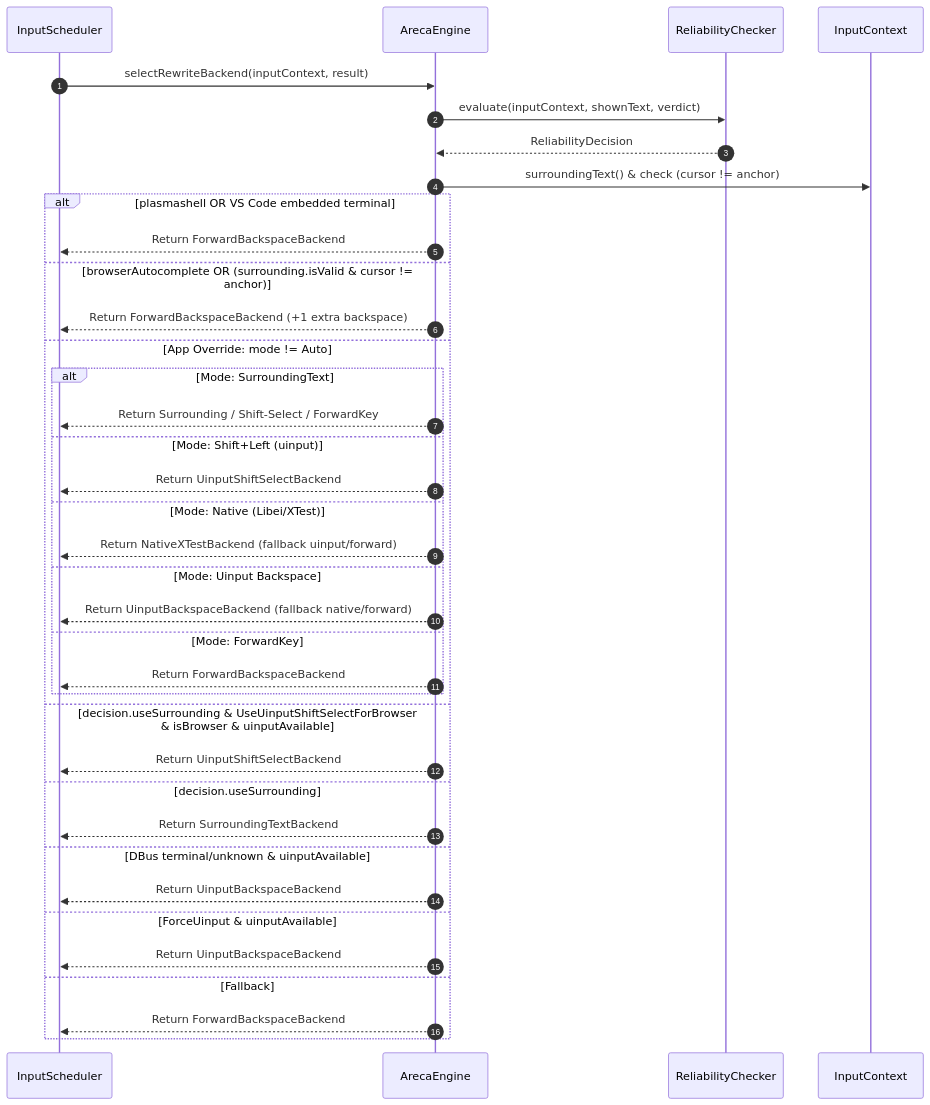
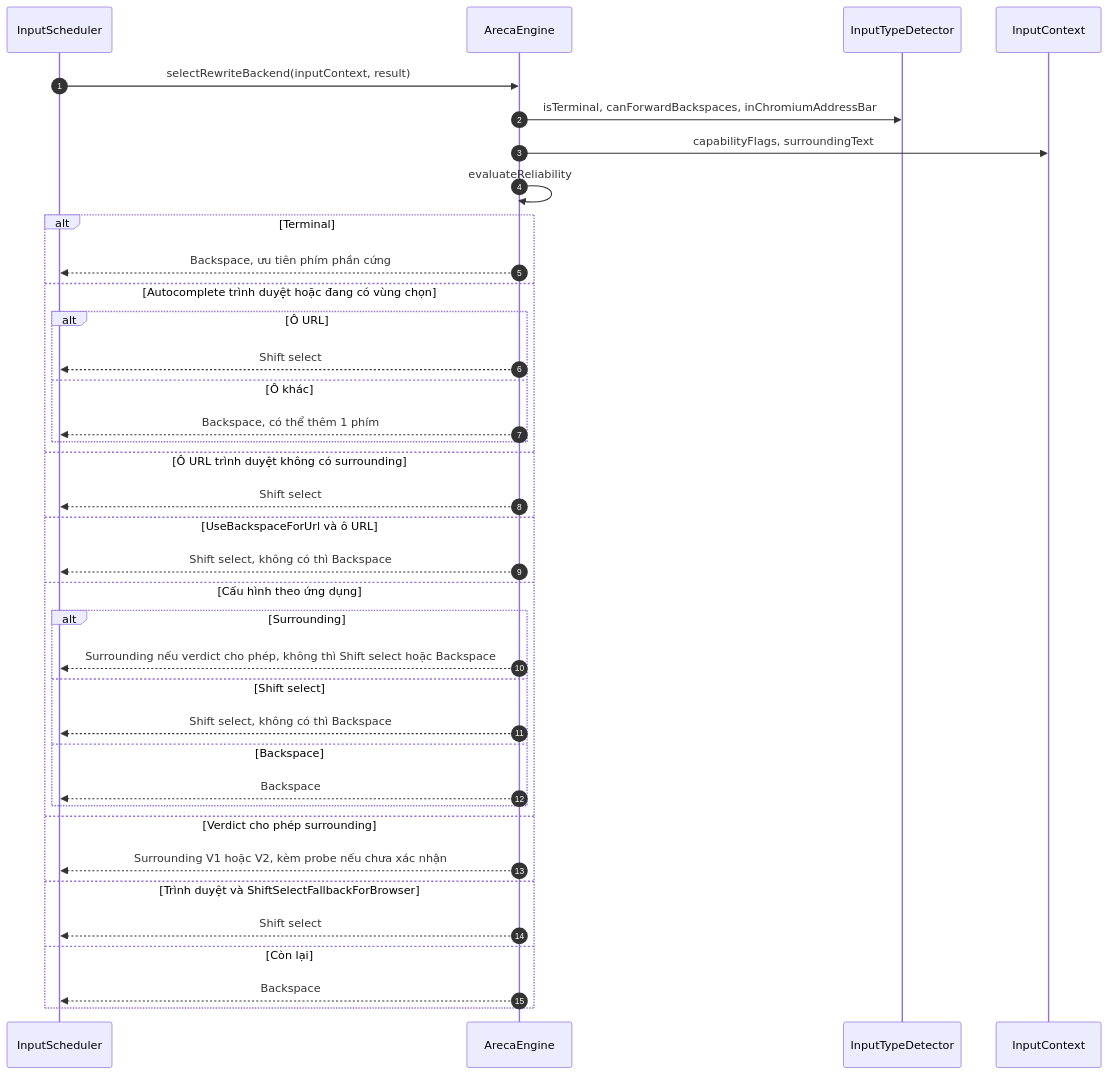
The first of 7 diagrams in docs/ARECA_ARCHITECTURE_SPECIFICATION.md (xhkzeroone/ArecaIME), drawn with Mermaid before and after one commit. The commit also changed other lines of this file and 5 other files, not shown here.

````diff
--- a/docs/ARECA_ARCHITECTURE_SPECIFICATION.md
+++ b/docs/ARECA_ARCHITECTURE_SPECIFICATION.md
@@ -74,41 +71,41 @@
 ```mermaid
 sequenceDiagram
     autonumber
     participant S as InputScheduler
     participant E as ArecaEngine
-    participant R as ReliabilityChecker
+    participant D as InputTypeDetector
     participant IC as InputContext
 
     S->>E: selectRewriteBackend(inputContext, result)
-    E->>R: evaluate(inputContext, shownText, verdict)
-    R-->>E: ReliabilityDecision
-    E->>IC: surroundingText() & check (cursor != anchor)
-    
-    alt plasmashell OR VS Code embedded terminal
-        E-->>S: Return ForwardBackspaceBackend
-    else browserAutocomplete OR (surrounding.isValid & cursor != anchor)
-        E-->>S: Return ForwardBackspaceBackend (+1 extra backspace)
-    else App Override: mode != Auto
-        alt Mode: SurroundingText
-            E-->>S: Return Surrounding / Shift-Select / ForwardKey
-        else Mode: Shift+Left (uinput)
-            E-->>S: Return UinputShiftSelectBackend
-        else Mode: Native (Libei/XTest)
-            E-->>S: Return NativeXTestBackend (fallback uinput/forward)
-        else Mode: Uinput Backspace
-            E-->>S: Return UinputBackspaceBackend (fallback native/forward)
-        else Mode: ForwardKey
-            E-->>S: Return ForwardBackspaceBackend
+    E->>D: isTerminal, canForwardBackspaces, inChromiumAddressBar
+    E->>IC: capabilityFlags, surroundingText
+    E->>E: evaluateReliability
+
+    alt Terminal
+        E-->>S: Backspace, ưu tiên phím phần cứng
+    else Autocomplete trình duyệt hoặc đang có vùng chọn
+        alt Ô URL
+            E-->>S: Shift select
+        else Ô khác
+            E-->>S: Backspace, có thể thêm 1 phím
         end
-    else decision.useSurrounding & UseUinputShiftSelectForBrowser & isBrowser & uinputAvailable
-        E-->>S: Return UinputShiftSelectBackend
-    else decision.useSurrounding
-        E-->>S: Return SurroundingTextBackend
-    else DBus terminal/unknown & uinputAvailable
-        E-->>S: Return UinputBackspaceBackend
-    else ForceUinput & uinputAvailable
-        E-->>S: Return UinputBackspaceBackend
-    else Fallback
-        E-->>S: Return ForwardBackspaceBackend
+    else Ô URL trình duyệt không có surrounding
+        E-->>S: Shift select
+    else UseBackspaceForUrl và ô URL
+        E-->>S: Shift select, không có thì Backspace
+    else Cấu hình theo ứng dụng
+        alt Surrounding
+            E-->>S: Surrounding nếu verdict cho phép, không thì Shift select hoặc Backspace
+        else Shift select
+            E-->>S: Shift select, không có thì Backspace
+        else Backspace
+            E-->>S: Backspace
+        end
+    else Verdict cho phép surrounding
+        E-->>S: Surrounding V1 hoặc V2, kèm probe nếu chưa xác nhận
+    else Trình duyệt và ShiftSelectFallbackForBrowser
+        E-->>S: Shift select
+    else Còn lại
+        E-->>S: Backspace
     end
 ```
````
